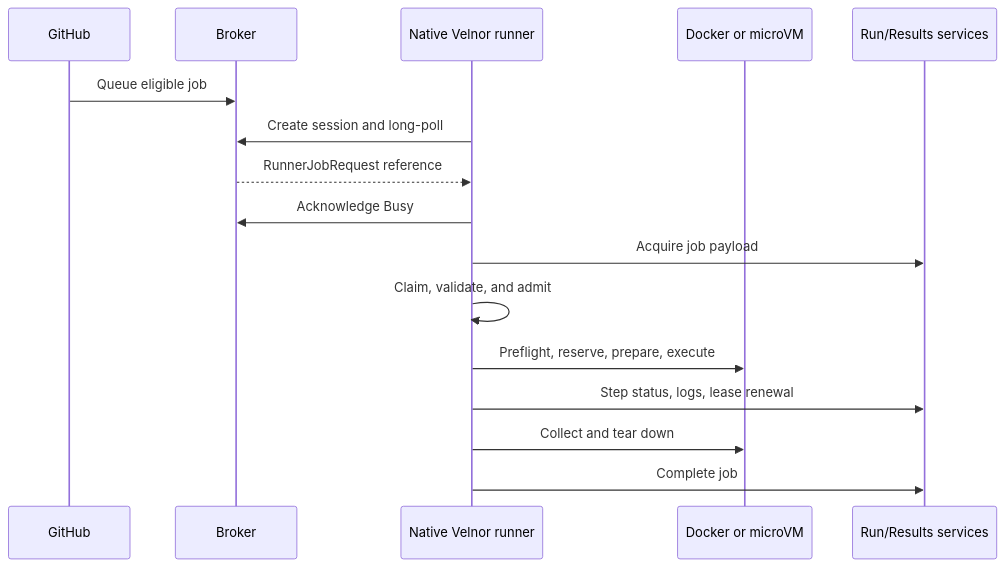
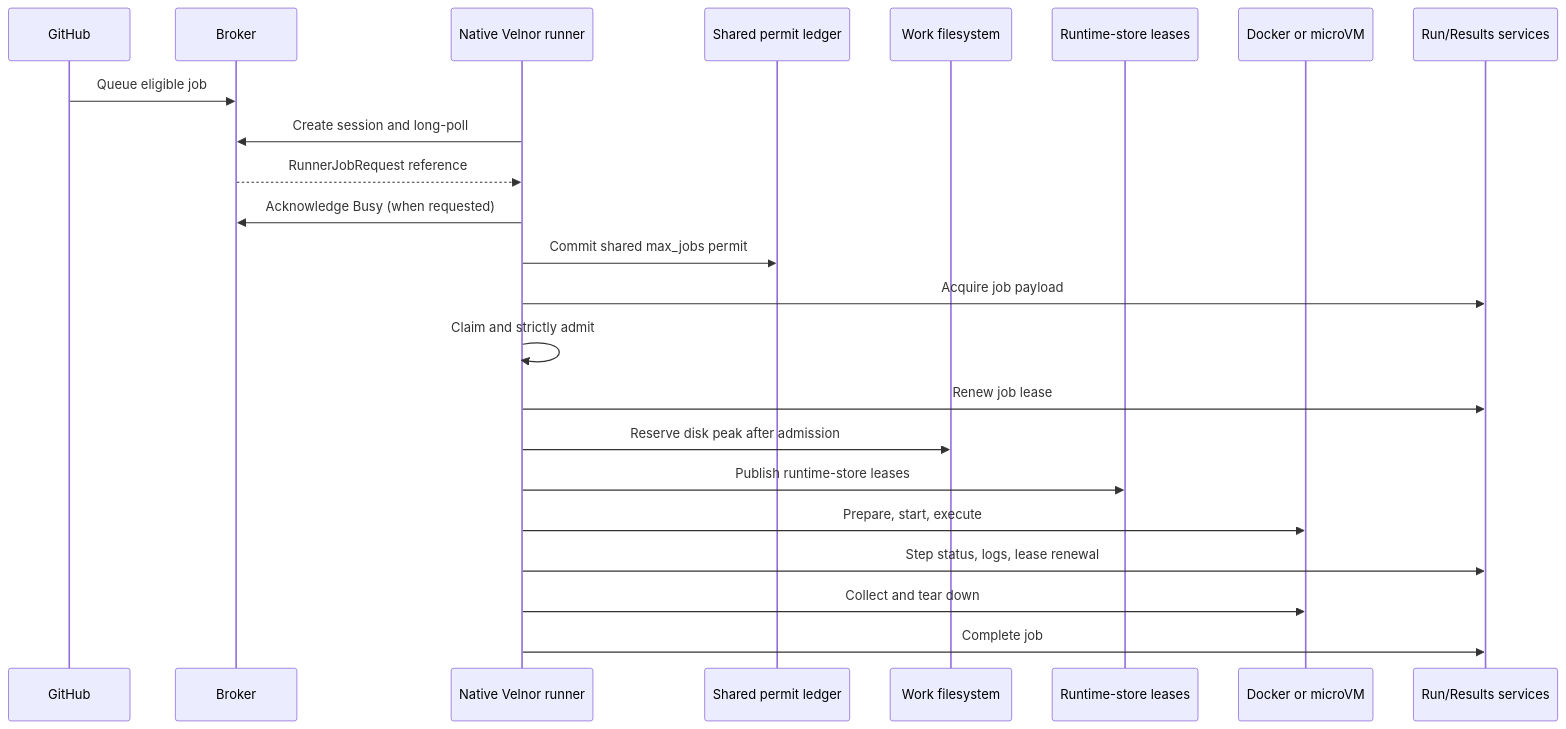
Before and after one commit to tailrocks/velnor: the diagram in content/docs/guides/execution.mdx, drawn with Mermaid. The commit also changed other lines of this file and 93 other files, not shown here.

First line of the commit message:
wip: checkpoint outstanding work for requested handoff

````diff
--- a/content/docs/guides/execution.mdx
+++ b/content/docs/guides/execution.mdx
@@ -15,18 +15,25 @@
 ```mermaid
 sequenceDiagram
     participant G as GitHub
     participant B as Broker
     participant V as Native Velnor runner
+    participant C as Shared permit ledger
+    participant F as Work filesystem
+    participant S as Runtime-store leases
     participant E as Docker or microVM
     participant R as Run/Results services
     G->>B: Queue eligible job
     V->>B: Create session and long-poll
     B-->>V: RunnerJobRequest reference
-    V->>B: Acknowledge Busy
+    V->>B: Acknowledge Busy (when requested)
+    V->>C: Commit shared max_jobs permit
     V->>R: Acquire job payload
-    V->>V: Claim, validate, and admit
-    V->>E: Preflight, reserve, prepare, execute
+    V->>V: Claim and strictly admit
+    V->>R: Renew job lease
+    V->>F: Reserve disk peak after admission
+    V->>S: Publish runtime-store leases
+    V->>E: Prepare, start, execute
     V->>R: Step status, logs, lease renewal
     V->>E: Collect and tear down
     V->>R: Complete job
 ```
````
